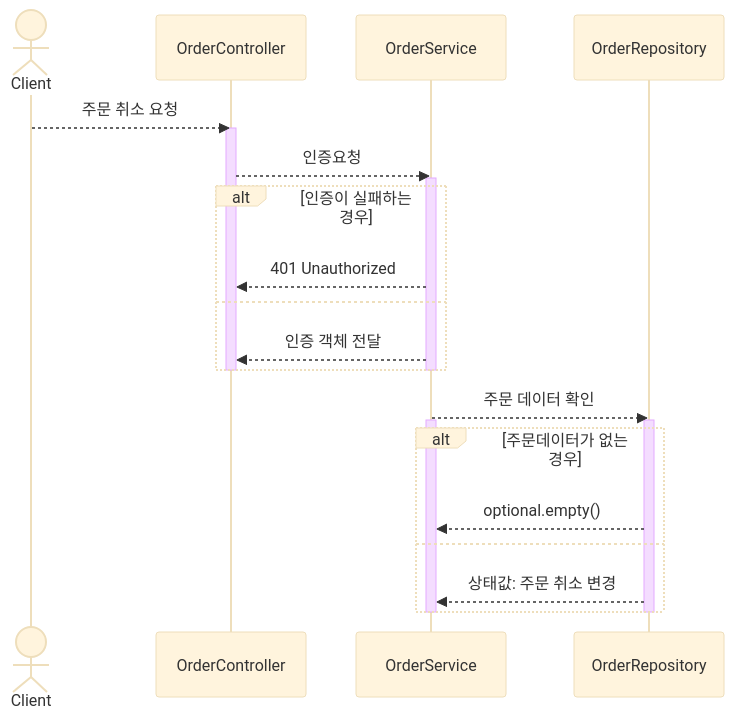
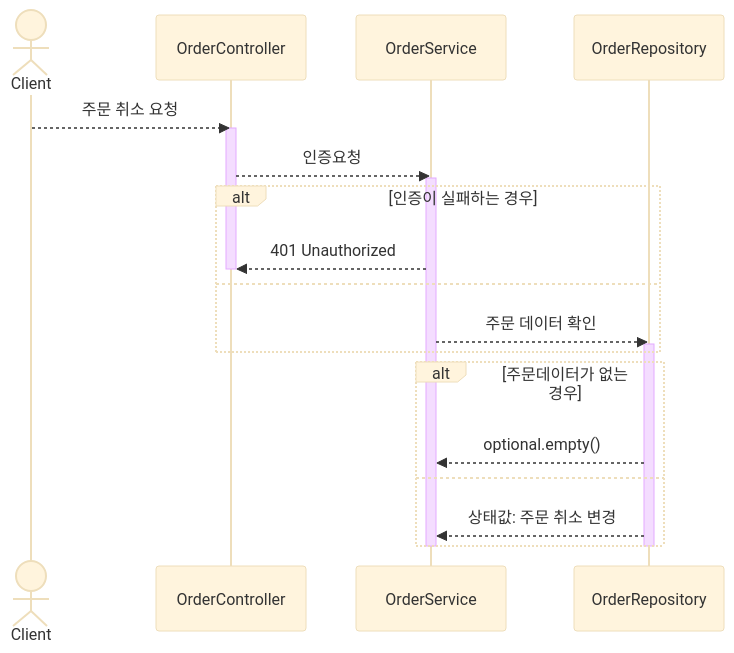
One commit to Roopers-Team-6/younghun changed the sixth of 6 diagrams in apps/commerce-api/docs/desigin/02-sequence-diagrams.md. Above: the diagram before and after it, drawn with Mermaid (base theme). The commit also changed other lines of this file, not shown here.

Commit message:
doc: 시퀀스 다이어그램 작성 - 인증 성공시 다음 과정으로 가도록 유도

````diff
--- a/apps/commerce-api/docs/desigin/02-sequence-diagrams.md
+++ b/apps/commerce-api/docs/desigin/02-sequence-diagrams.md
@@ -204,29 +199,26 @@
 ```mermaid
 sequenceDiagram
 actor C as Client
 participant OC as OrderController
 participant OS as OrderService
 participant OR as OrderRepository 
 C -->> OC: 주문 취소 요청
 activate OC
 OC -->> OS: 인증요청
 activate OS
 alt 인증이 실패하는 경우
     OS -->> OC: 401 Unauthorized
+    deactivate OC
 else
-    OS -->> OC: 인증 객체 전달
+    OS -->> OR: 주문 데이터 확인
+    activate OR
 end
-deactivate OS
-deactivate OC
 
-OS -->> OR: 주문 데이터 확인
-activate OS
-activate OR
 alt 주문데이터가 없는 경우
      OR -->> OS: optional.empty()
 else
     OR -->> OS: 상태값: 주문 취소 변경
 end
 deactivate OS
 deactivate OR    
 ```
````
